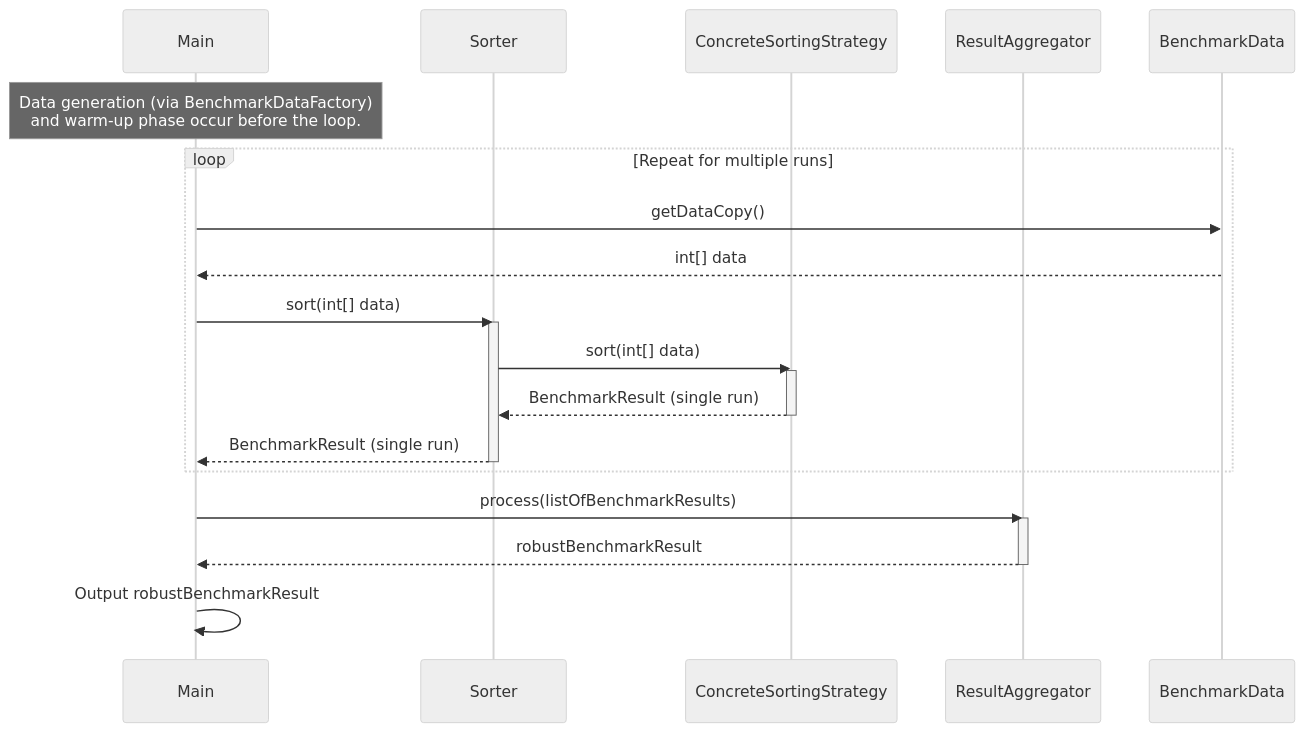
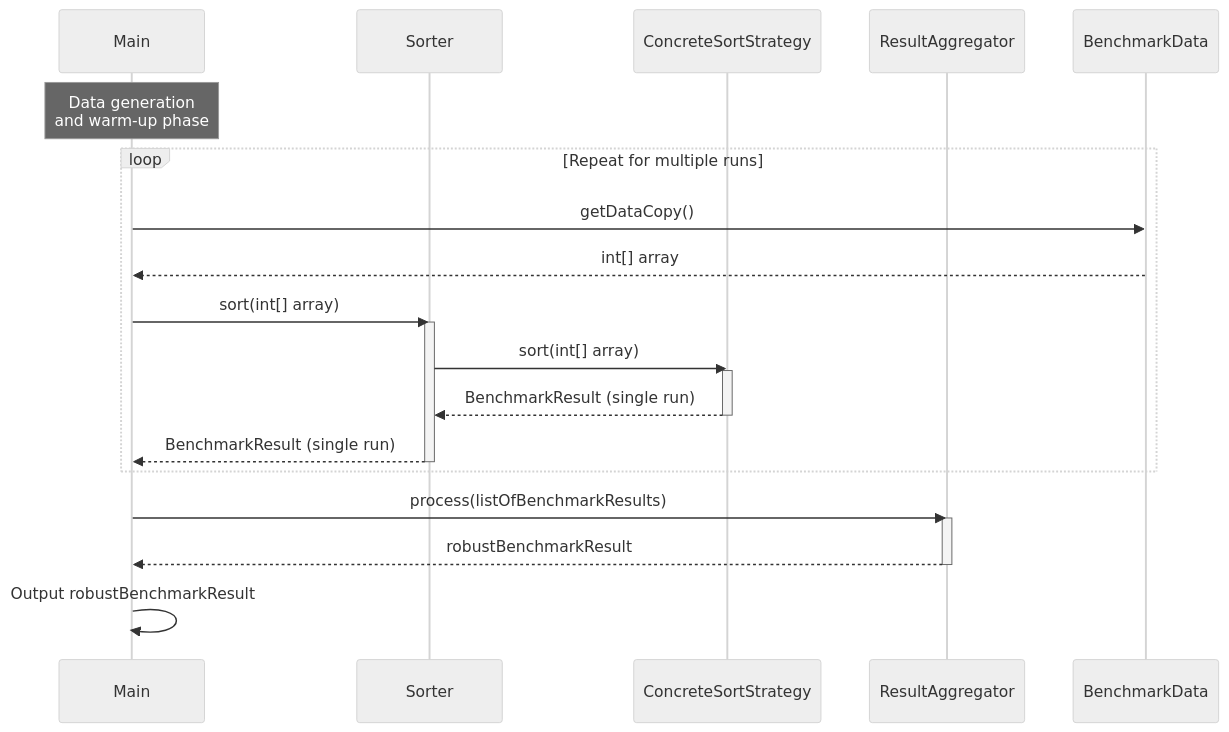
One commit to rlacher/sort-benchmark-cli changed the diagram in docs/benchmark-sequence-diagram.mmd. Above: the diagram before and after it, drawn with Mermaid. The commit also changed 2 other files, not shown here.

Commit message:
docs: Minor design diagram adjustments.
- Ensured consistent naming of ConcreteSortStrategy.
- Condensed note over Main participant.
- Applied margin for improved visual appeal.

```diff
--- a/docs/benchmark-sequence-diagram.mmd
+++ b/docs/benchmark-sequence-diagram.mmd
@@ -1,29 +1,29 @@
 %%{init: {'theme':'neutral'}}%%
 sequenceDiagram
     participant Main
     participant Sorter
-    participant ConcreteSortingStrategy
+    participant ConcreteSortStrategy
     participant ResultAggregator
     participant BenchmarkData
 
-    Note over Main: Data generation (via BenchmarkDataFactory)<br> and warm-up phase occur before the loop.
+    Note over Main: Data generation<br>and warm-up phase
 
     loop Repeat for multiple runs
         Main->>BenchmarkData: getDataCopy()
-        BenchmarkData-->>Main: int[] data
-        Main->>Sorter: sort(int[] data)
+        BenchmarkData-->>Main: int[] array
+        Main->>Sorter: sort(int[] array)
         activate Sorter
-        Sorter->>ConcreteSortingStrategy: sort(int[] data)
-        activate ConcreteSortingStrategy
-        ConcreteSortingStrategy-->>Sorter: BenchmarkResult (single run)
-        deactivate ConcreteSortingStrategy
+        Sorter->>ConcreteSortStrategy: sort(int[] array)
+        activate ConcreteSortStrategy
+        ConcreteSortStrategy-->>Sorter: BenchmarkResult (single run)
+        deactivate ConcreteSortStrategy
         Sorter-->>Main: BenchmarkResult (single run)
         deactivate Sorter
     end
 
     Main->>ResultAggregator: process(listOfBenchmarkResults)
     activate ResultAggregator
     ResultAggregator-->>Main: robustBenchmarkResult
     deactivate ResultAggregator
 
     Main->>Main: Output robustBenchmarkResult
```
